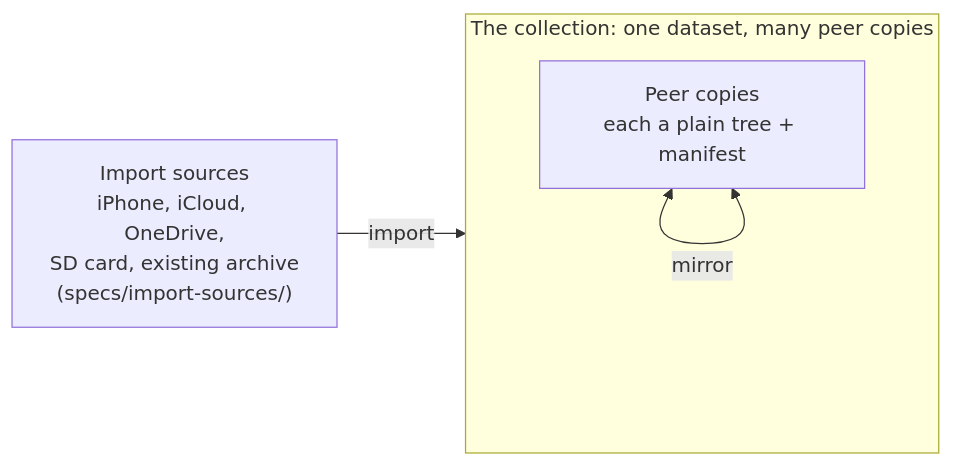
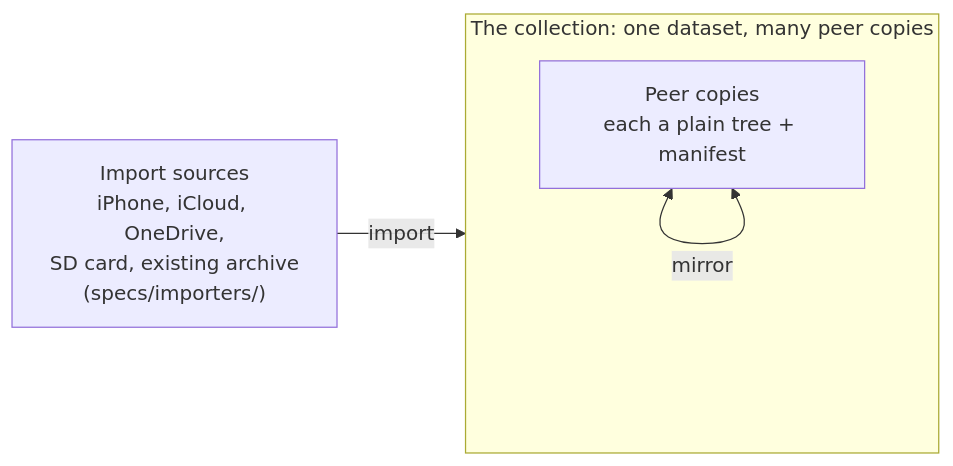
The diagram in specs/turbo-collection-spec.md (NikoAri/turbo-collection), drawn with Mermaid before and after one commit. The commit also changed other lines of this file and 59 other files, not shown here.

````diff
--- a/specs/turbo-collection-spec.md
+++ b/specs/turbo-collection-spec.md
@@ -27,11 +27,11 @@
 ```mermaid
 flowchart LR
-    IN["Import sources<br/>iPhone, iCloud, OneDrive,<br/>SD card, existing archive<br/>(specs/import-sources/)"]
+    IN["Import sources<br/>iPhone, iCloud, OneDrive,<br/>SD card, existing archive<br/>(specs/importers/)"]
 
     subgraph COLL["The collection: one dataset, many peer copies"]
         C["Peer copies<br/>each a plain tree + manifest"]
         C <-->|mirror| C
     end
 
     IN -->|import| COLL
 ```
````
